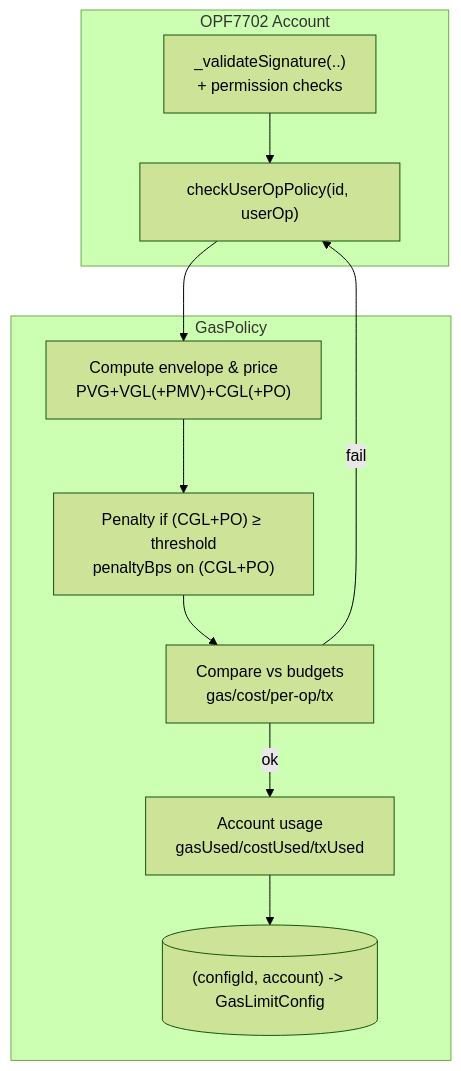
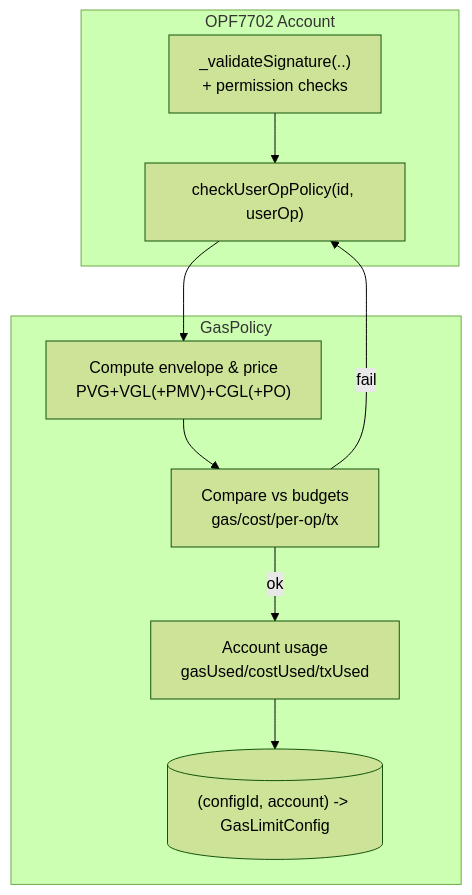
Before and after one commit to openfort-xyz/openfort-7702-account: the first of 5 diagrams in docs/GasPolicy.md, drawn with Mermaid (forest theme). The commit also changed other lines of this file and 3 other files, not shown here.

````diff
--- a/docs/GasPolicy.md
+++ b/docs/GasPolicy.md
@@ -47,20 +46,19 @@
 ```mermaid
 flowchart TD
   subgraph "OPF7702 Account"
     Validate["_validateSignature(..)<br/>+ permission checks"]
     PolicyCall["checkUserOpPolicy(id, userOp)"]
   end
 
   subgraph "GasPolicy"
     Compute["Compute envelope & price<br/>PVG+VGL(+PMV)+CGL(+PO)"]
-    Penalty["Penalty if (CGL+PO) ≥ threshold<br/>penaltyBps on (CGL+PO)"]
     Guards["Compare vs budgets<br/>gas/cost/per-op/tx"]
     Account["Account usage<br/>gasUsed/costUsed/txUsed"]
     Store[("(configId, account) -> GasLimitConfig")]
   end
 
   Validate --> PolicyCall
-  PolicyCall --> Compute --> Penalty --> Guards
+  PolicyCall --> Compute --> Guards
   Guards -- ok --> Account --> Store
   Guards -- fail --> PolicyCall
 ```
````
